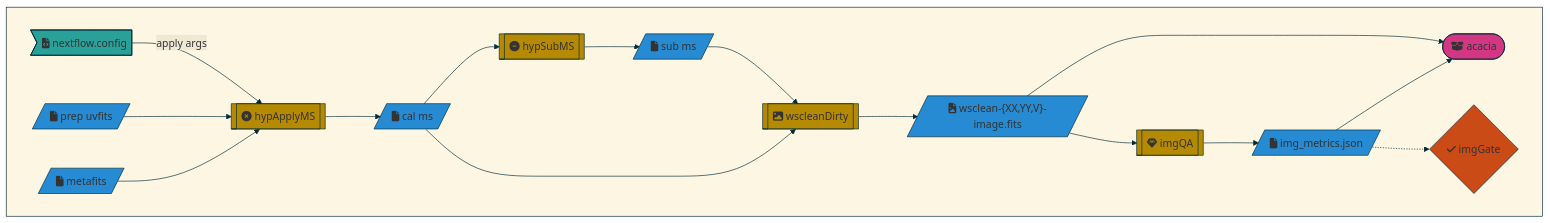
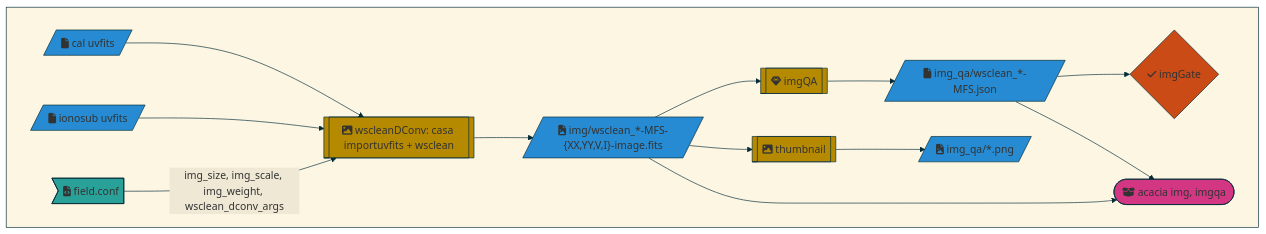
Before and after one commit to MWATelescope/MWAEoR-Pipeline: the fifth of 6 diagrams in README.md, drawn with Mermaid. The commit also changed other lines of this file and 2 other files, not shown here.

````diff
--- a/README.md
+++ b/README.md
@@ -166,32 +205,28 @@
 ```mermaid
 %%{init:{'theme':'base','themeVariables':{'primaryBorderColor':'#002b36','secondaryColor':'#eee8d5','tertiaryColor':'#fdf6e3','tertiaryBorderColor':'#002b36','lineColor':'#002b36','textColor':'#002b36'}}}%%
 graph TD;
   classDef in fill:#2aa198;
   classDef out fill:#d33682;
   classDef file fill:#268bd2;
   classDef proc fill:#b58900;
   classDef decision fill:#cb4b16;
 
   subgraph " "
-    metafits & prepUVFits --> hypApplyMS --> calMS --> hypSubMS --> subMS
-    calMS & subMS --> wscleanDirty --> imgDConv --> imgQA --> imgMetricsJson
-    imgMetricsJson & imgDConv --> acaciaImg
-    imgMetricsJson -.-> imgGate
-    nfConfig --"apply args"--> hypApplyMS
+    calUVFits & ionosubUVFits --> wscleanDConv --> imgFits --> imgQA --> imgMetricsJson --> imgGate
+    imgFits --> thumbnail --> imgPng
+    nfConfig --"img_size, img_scale, img_weight, wsclean_dconv_args"--> wscleanDConv
+    imgFits & imgMetricsJson --> acaciaImg
 
-    nfConfig>fa:fa-file-code nextflow.config ]; class nfConfig in
-    metafits[/fa:fa-file metafits /]; class metafits file
-    prepUVFits[/fa:fa-file prep uvfits /]; class prepUVFits file
-    calMS[/fa:fa-file cal ms /]; class calMS file
-    hypApplyMS[[fa:fa-times-circle hypApplyMS ]]; class hypApplyMS proc
-    subMS[/fa:fa-file sub ms /]; class subMS file
-    hypSubMS[[fa:fa-minus-circle hypSubMS ]]; class hypSubMS proc
-    imgDConv[/"fa:fa-file-image wsclean-{XX,YY,V}-image.fits "/]; class imgDConv file
-    wscleanDirty[[fa:fa-image wscleanDirty ]]; class wscleanDirty proc
-    imgMetricsJson[/fa:fa-file img_metrics.json /]; class imgMetricsJson file
+    nfConfig>fa:fa-file-code field.conf ]; class nfConfig in
+    calUVFits[/fa:fa-file cal uvfits /]; class calUVFits file
+    ionosubUVFits[/fa:fa-file ionosub uvfits /]; class ionosubUVFits file
+    wscleanDConv[[fa:fa-image wscleanDConv: casa importuvfits + wsclean ]]; class wscleanDConv proc
+    imgFits[/"fa:fa-file-image img/wsclean_*-MFS-{XX,YY,V,I}-image.fits "/]; class imgFits file
     imgQA[[fa:fa-gem imgQA]]; class imgQA proc;
-    acaciaImg([fa:fa-box-open acacia]); class acaciaImg out
+    imgMetricsJson[/"fa:fa-file img_qa/wsclean_*-MFS.json"/]; class imgMetricsJson file
+    thumbnail[[fa:fa-image thumbnail ]]; class thumbnail proc;
+    imgPng[/"fa:fa-file-image img_qa/*.png"/]; class imgPng file
     imgGate{fa:fa-check imgGate }; class imgGate decision;
-
+    acaciaImg(["fa:fa-box-open acacia img, imgqa"]); class acaciaImg out
   end
 ```
````
